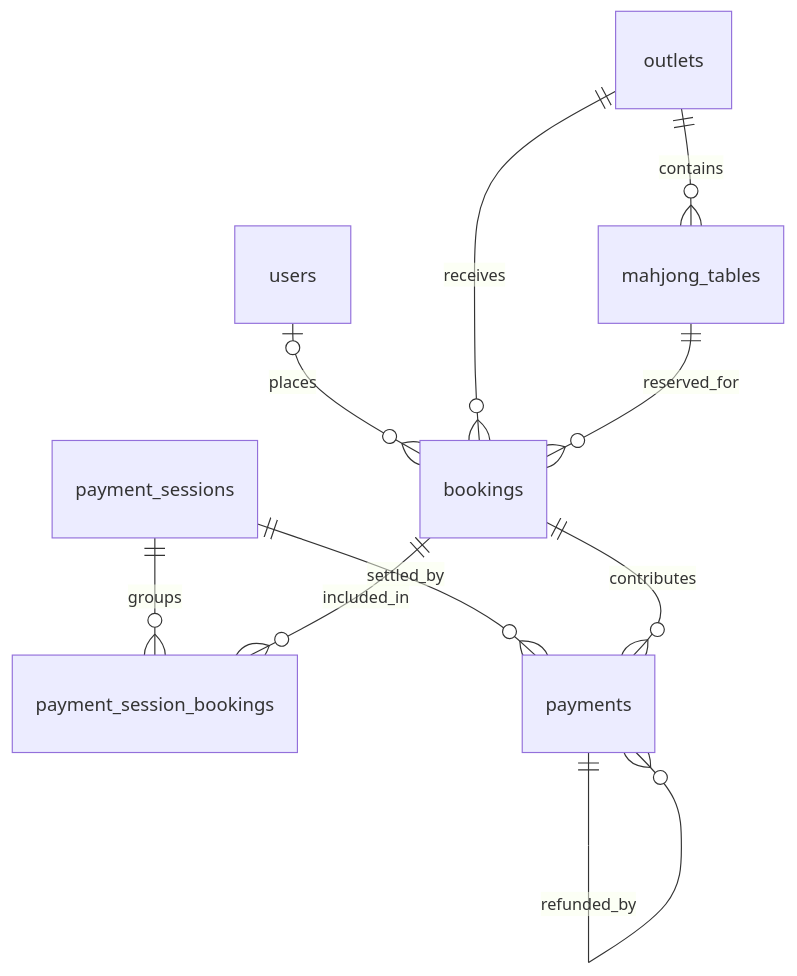
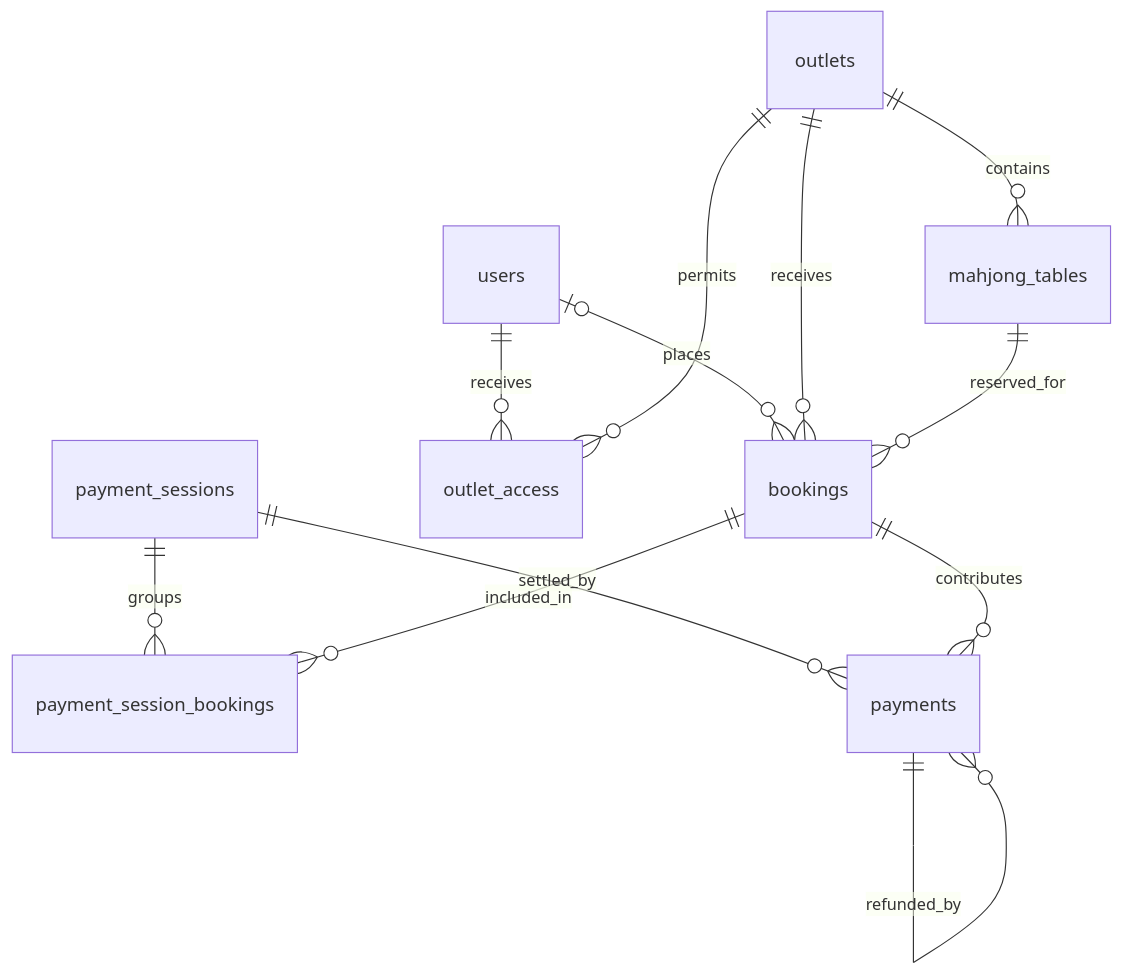
Before and after one commit to mahjonghuu/mahjonghu-backend: the diagram in DATABASE.md, drawn with Mermaid. The commit also changed other lines of this file and 34 other files, not shown here.

Commit message:
feat: handle private outlet and its access

````diff
--- a/DATABASE.md
+++ b/DATABASE.md
@@ -9,12 +9,14 @@
 ```mermaid
 erDiagram
   outlets ||--o{ mahjong_tables : contains
   users |o--o{ bookings : places
+  users ||--o{ outlet_access : receives
+  outlets ||--o{ outlet_access : permits
   outlets ||--o{ bookings : receives
   mahjong_tables ||--o{ bookings : reserved_for
   payment_sessions ||--o{ payment_session_bookings : groups
   bookings ||--o{ payment_session_bookings : included_in
   payment_sessions ||--o{ payments : settled_by
   bookings ||--o{ payments : contributes
   payments ||--o{ payments : refunded_by
 ```
````
